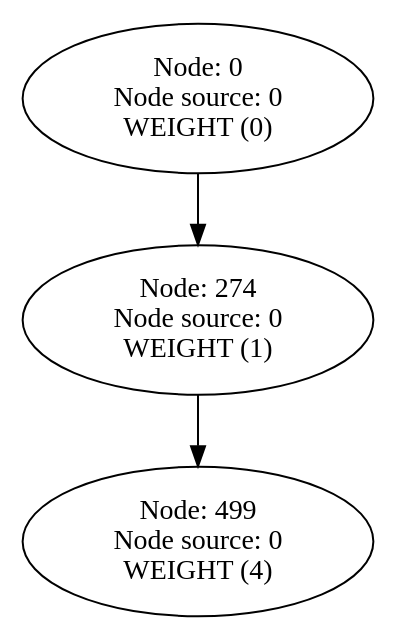
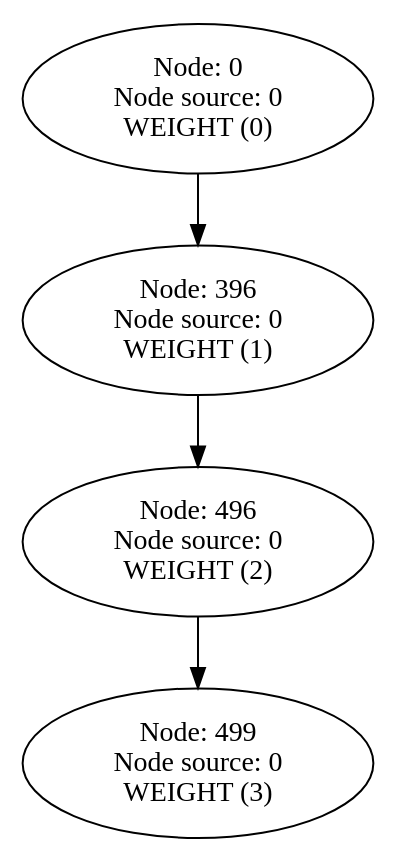
The diagram in gv/Gilbert_500_Dijkstra.gv (HugoBec/graph), drawn with Graphviz before and after one commit. The commit also changed 23 other files, not shown here.

```diff
--- a/gv/Gilbert_500_Dijkstra.gv
+++ b/gv/Gilbert_500_Dijkstra.gv
@@ -1,13 +1,17 @@
 digraph {
 	499 [label="Node: 499
 Node source: 0
-WEIGHT (4)"]
-	274 [label="Node: 274
+WEIGHT (3)"]
+	496 [label="Node: 496
+Node source: 0
+WEIGHT (2)"]
+	396 [label="Node: 396
 Node source: 0
 WEIGHT (1)"]
 	0 [label="Node: 0
 Node source: 0
 WEIGHT (0)"]
-	274 -> 499
-	0 -> 274
+	496 -> 499
+	396 -> 496
+	0 -> 396
 }
```
